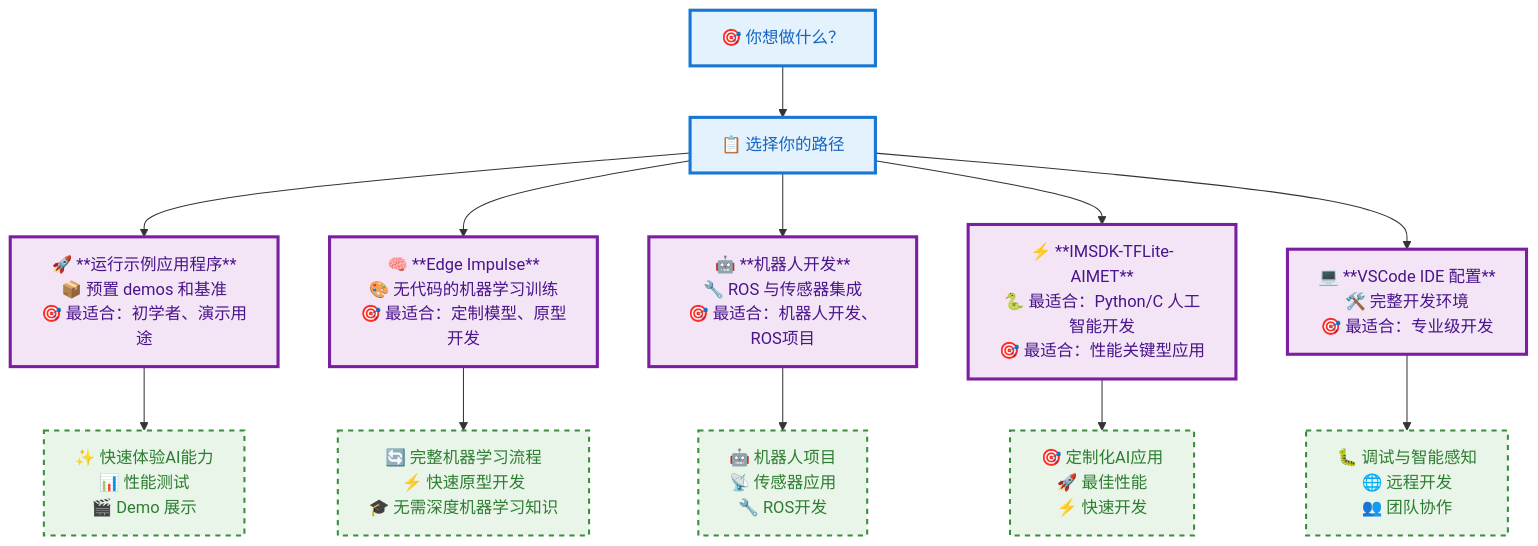
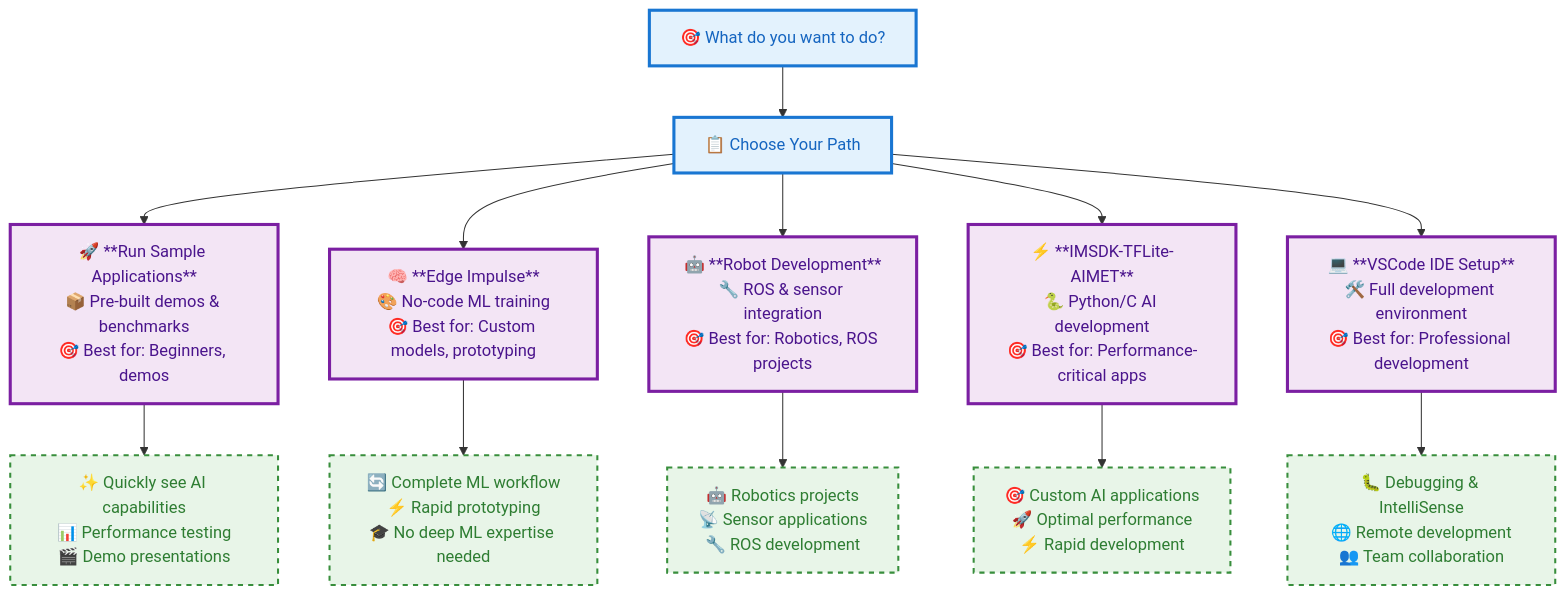
The diagram in docs-cn/docs/rubik-pi-3-user-manual/1.0.0-u/1.quick-start/3.further-study.md (rubikpi-ai/documentation), drawn with Mermaid before and after one commit. The commit also changed other lines of this file and 191 other files, not shown here.

````diff
--- a/docs-cn/docs/rubik-pi-3-user-manual/1.0.0-u/1.quick-start/3.further-study.md
+++ b/docs-cn/docs/rubik-pi-3-user-manual/1.0.0-u/1.quick-start/3.further-study.md
@@ -7,30 +7,30 @@
 ```mermaid
 graph TD
-    A["🎯 你想做什么？"] --> B["📋 选择你的路径"]
+    A["🎯 What do you want to do?"] --> B["📋 Choose Your Path"]
     
-    B --> C["🚀 **运行示例应用程序**<br/>📦 预置 demos 和基准<br/>🎯 最适合：初学者、演示用途"]
-    B --> D["🧠 **Edge Impulse**<br/>🎨 无代码的机器学习训练<br/>🎯 最适合：定制模型、原型开发"]
-    B --> E["🤖 **机器人开发**<br/>🔧 ROS 与传感器集成<br/>🎯 最适合：机器人开发、ROS项目"]
-    B --> F["⚡ **IMSDK-TFLite-AIMET**<br/>🐍 最适合：Python/C 人工智能开发<br/>🎯 最适合：性能关键型应用"]
-    B --> G["💻 **VSCode IDE 配置**<br/>🛠️ 完整开发环境<br/>🎯 最适合：专业级开发"]
+    B --> C["🚀 **Run Sample Applications**<br/>📦 Pre-built demos & benchmarks<br/>🎯 Best for: Beginners, demos"]
+    B --> D["🧠 **Edge Impulse**<br/>🎨 No-code ML training<br/>🎯 Best for: Custom models, prototyping"]
+    B --> E["🤖 **Robot Development**<br/>🔧 ROS & sensor integration<br/>🎯 Best for: Robotics, ROS projects"]
+    B --> F["⚡ **IMSDK-TFLite-AIMET**<br/>🐍 Python/C AI development<br/>🎯 Best for: Performance-critical apps"]
+    B --> G["💻 **VSCode IDE Setup**<br/>🛠️ Full development environment<br/>🎯 Best for: Professional development"]
     
-    C --> C1["✨ 快速体验AI能力<br/>📊 性能测试<br/>🎬 Demo 展示"]
-    D --> D1["🔄 完整机器学习流程<br/>⚡ 快速原型开发<br/>🎓 无需深度机器学习知识"]
-    E --> E1["🤖 机器人项目<br/>📡 传感器应用<br/>🔧 ROS开发"]
-    F --> F1["🎯 定制化AI应用<br/>🚀 最佳性能<br/>⚡ 快速开发"]
-    G --> G1["🐛 调试与智能感知<br/>🌐 远程开发<br/>👥 团队协作"]
+    C --> C1["✨ Quickly see AI capabilities<br/>📊 Performance testing<br/>🎬 Demo presentations"]
+    D --> D1["🔄 Complete ML workflow<br/>⚡ Rapid prototyping<br/>🎓 No deep ML expertise needed"]
+    E --> E1["🤖 Robotics projects<br/>📡 Sensor applications<br/>🔧 ROS development"]
+    F --> F1["🎯 Custom AI applications<br/>🚀 Optimal performance<br/>⚡ Rapid development"]
+    G --> G1["🐛 Debugging & IntelliSense<br/>🌐 Remote development<br/>👥 Team collaboration"]
 
     classDef startNode fill:#e3f2fd,stroke:#1976d2,stroke-width:3px,color:#1565c0
     classDef pathNodes fill:#f3e5f5,stroke:#7b1fa2,stroke-width:3px,color:#4a148c
     classDef detailNodes fill:#e8f5e8,stroke:#388e3c,stroke-width:2px,stroke-dasharray: 5 5,color:#2e7d32
     
     class A,B startNode
     class C,D,E,F,G pathNodes
     class C1,D1,E1,F1,G1 detailNodes
     
     click C "../Run sample applications" _self
     click D "../Edge-Impulse" _self
     click E "../Robot-development" _self
     click F "../AI" _self
     click G "../develop-applications" _self
 ```
````
